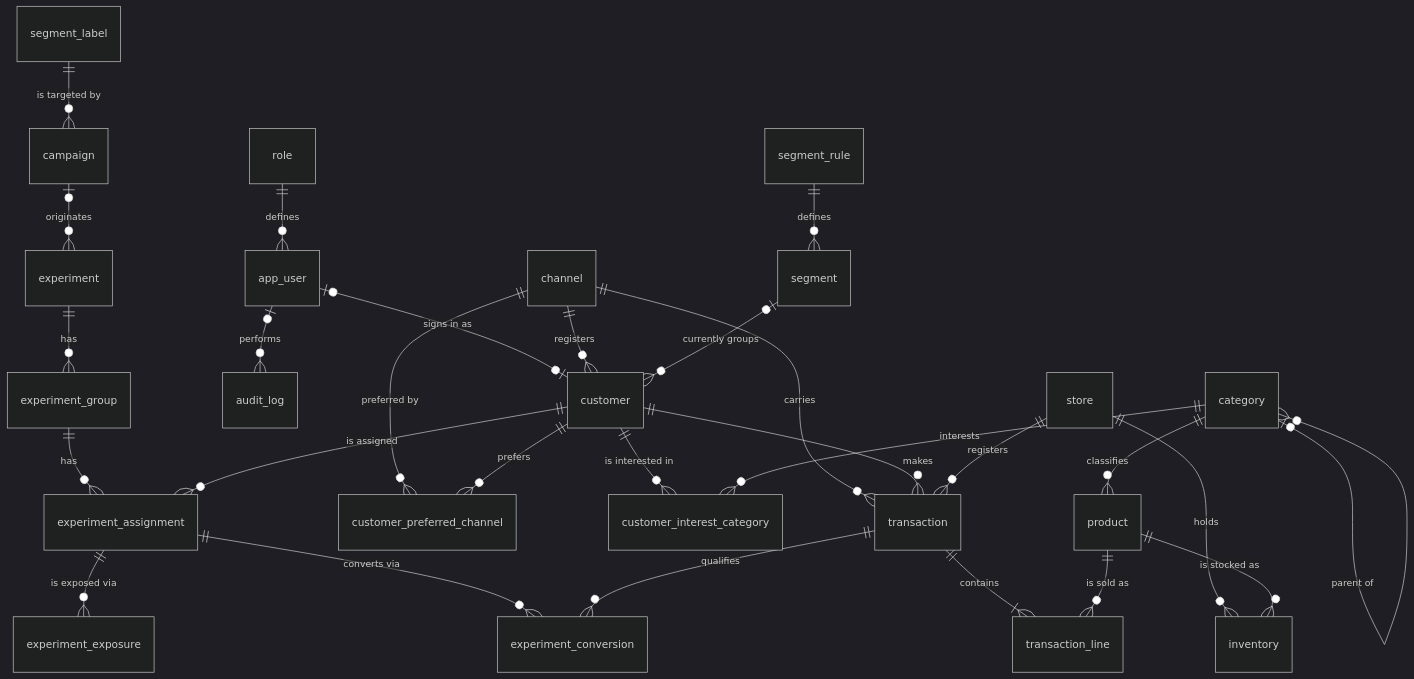
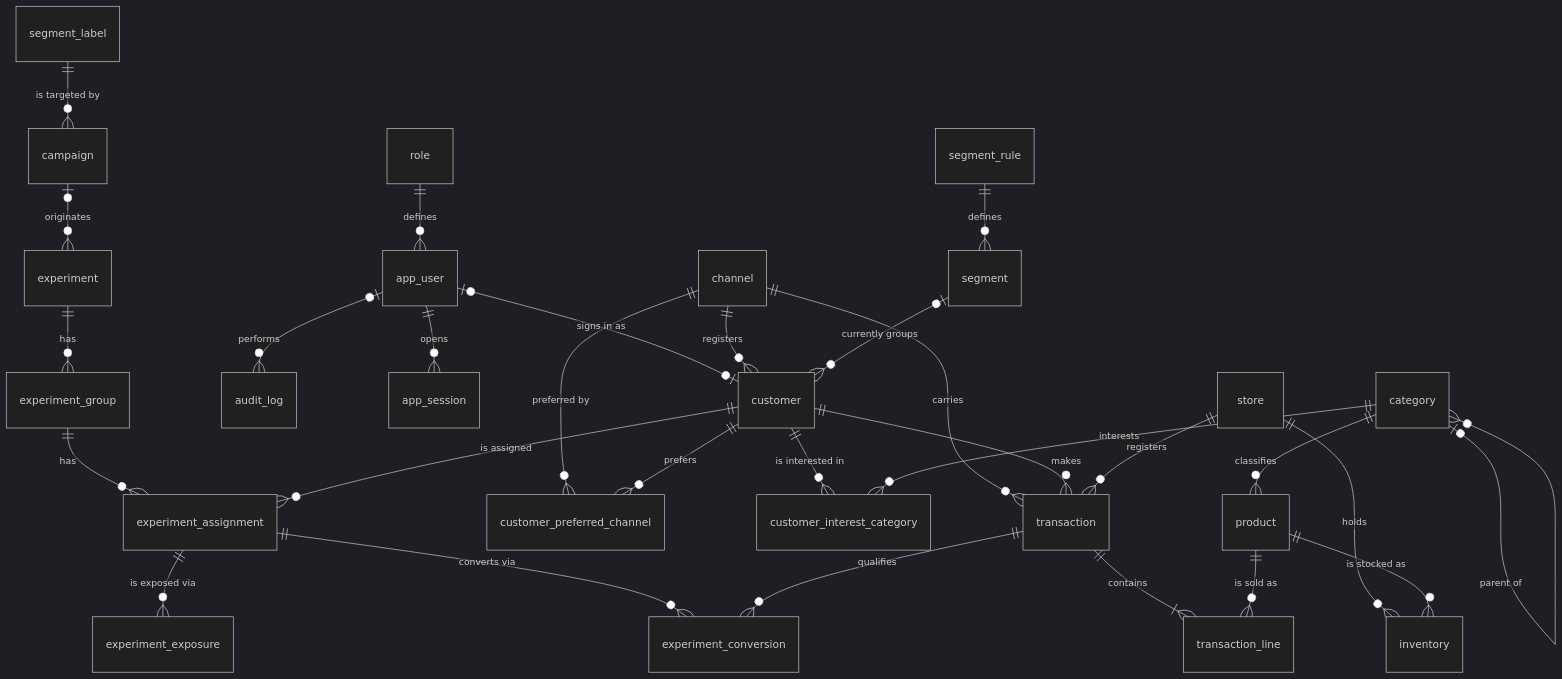
One commit to Equipo-03-Proyecto10/retail-segmentation changed the fourth of 4 diagrams in docs/data-model.md. Above: the diagram before and after it, drawn with Mermaid (dark theme). The commit also changed other lines of this file and 14 other files, not shown here.

````diff
--- a/docs/data-model.md
+++ b/docs/data-model.md
@@ -238,30 +240,31 @@
 ```mermaid
 erDiagram
     role                       ||--o{ app_user                   : "defines"
     app_user                   |o--o| customer                   : "signs in as"
     app_user                   |o--o{ audit_log                  : "performs"
+    app_user                   ||--o{ app_session                : "opens"
     channel                    ||--o{ customer                   : "registers"
     channel                    ||--o{ transaction                : "carries"
     channel                    ||--o{ customer_preferred_channel : "preferred by"
     customer                   ||--o{ customer_preferred_channel : "prefers"
     customer                   ||--o{ customer_interest_category : "is interested in"
     category                   ||--o{ customer_interest_category : "interests"
     category                   ||--o{ product                    : "classifies"
     category                   |o--o{ category                   : "parent of"
     customer                   ||--o{ transaction                : "makes"
     store                      ||--o{ transaction                : "registers"
     transaction                ||--|{ transaction_line           : "contains"
     product                    ||--o{ transaction_line           : "is sold as"
     store                      ||--o{ inventory                  : "holds"
     product                    ||--o{ inventory                  : "is stocked as"
     segment_rule               ||--o{ segment                    : "defines"
     segment                    |o--o{ customer                   : "currently groups"
     segment_label              ||--o{ campaign                   : "is targeted by"
     campaign                   |o--o{ experiment                 : "originates"
     experiment                 ||--o{ experiment_group           : "has"
     experiment_group           ||--o{ experiment_assignment      : "has"
     customer                   ||--o{ experiment_assignment      : "is assigned"
     experiment_assignment      ||--o{ experiment_exposure        : "is exposed via"
     experiment_assignment      ||--o{ experiment_conversion      : "converts via"
     transaction                ||--o{ experiment_conversion      : "qualifies"
 ```
````
